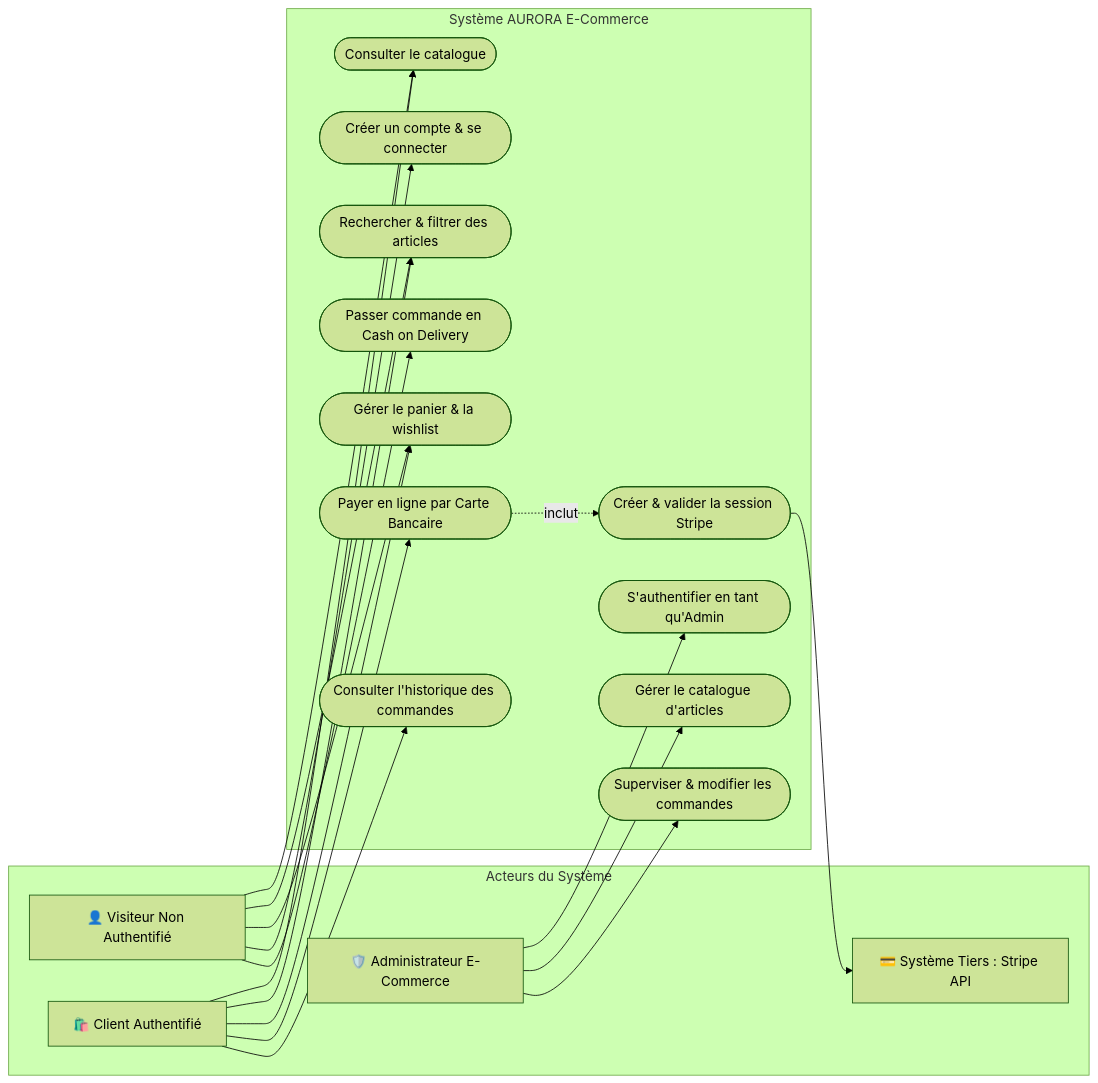
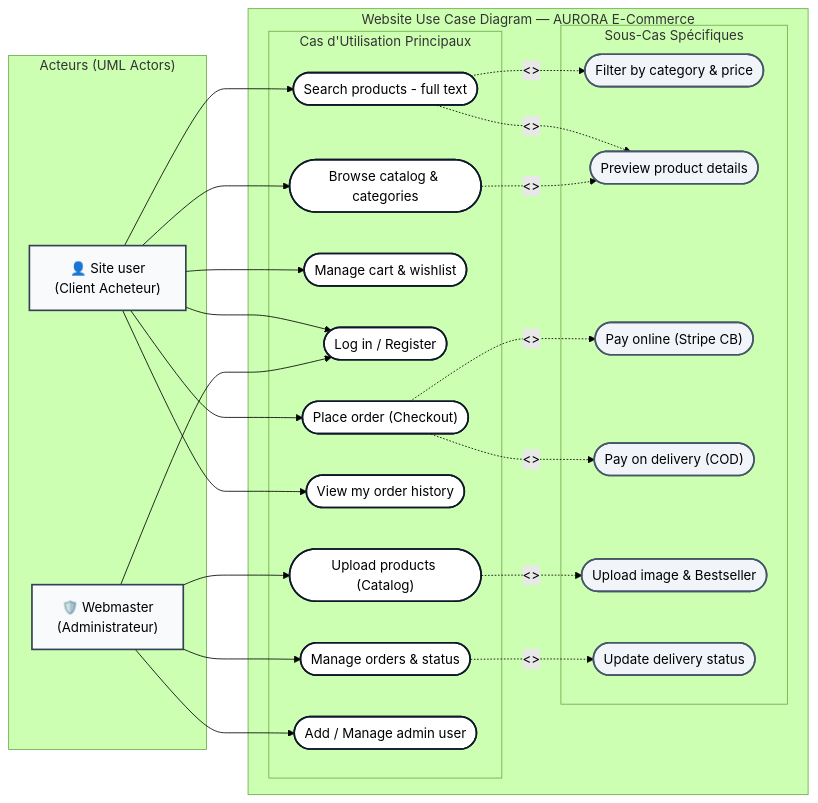
One commit to Cherkaoui7/aurora_store changed the first of 8 diagrams in README.md. Above: the diagram before and after it, drawn with Mermaid (forest theme). The commit also changed other lines of this file and 1 other file, not shown here.

Commit message:
docs(readme): align Use Case diagram layout with reference UML template

````diff
--- a/README.md
+++ b/README.md
@@ -95,42 +101,54 @@
 ```mermaid
 flowchart LR
-    subgraph Acteurs ["Acteurs du Système"]
-        Guest["👤 Visiteur Non Authentifié"]
-        Customer["🛍️ Client Authentifié"]
-        Admin["🛡️ Administrateur E-Commerce"]
-        StripeSys["💳 Système Tiers : Stripe API"]
+    classDef actorStyle fill:#f8fafc,stroke:#334155,stroke-width:2px;
+    classDef primaryCase fill:#ffffff,stroke:#0f172a,stroke-width:2px;
+    classDef secondaryCase fill:#f1f5f9,stroke:#475569,stroke-width:2px;
+
+    subgraph Actors ["Acteurs (UML Actors)"]
+        User["👤 Site user<br/>(Client Acheteur)"]:::actorStyle
+        Admin["🛡️ Webmaster<br/>(Administrateur)"]:::actorStyle
     end
 
-    subgraph AuroraSystem ["Système AURORA E-Commerce"]
-        UC1(["Consulter le catalogue"])
-        UC2(["Rechercher & filtrer des articles"])
-        UC3(["Gérer le panier & la wishlist"])
-        UC4(["Créer un compte & se connecter"])
-        UC5(["Passer commande en Cash on Delivery"])
-        UC6(["Payer en ligne par Carte Bancaire"])
-        UC7(["Consulter l'historique des commandes"])
-        UC8(["S'authentifier en tant qu'Admin"])
-        UC9(["Gérer le catalogue d'articles"])
-        UC10(["Superviser & modifier les commandes"])
-        UC11(["Créer & valider la session Stripe"])
+    subgraph SystemBoundary ["Website Use Case Diagram — AURORA E-Commerce"]
+        subgraph PrimaryCases ["Cas d'Utilisation Principaux"]
+            UC1(["Search products - full text"]):::primaryCase
+            UC2(["Browse catalog & categories"]):::primaryCase
+            UC3(["Manage cart & wishlist"]):::primaryCase
+            UC4(["Log in / Register"]):::primaryCase
+            UC5(["Place order (Checkout)"]):::primaryCase
+            UC6(["View my order history"]):::primaryCase
+            UC7(["Upload products (Catalog)"]):::primaryCase
+            UC8(["Manage orders & status"]):::primaryCase
+            UC9(["Add / Manage admin user"]):::primaryCase
+        end
+
+        subgraph SecondaryCases ["Sous-Cas Spécifiques"]
+            UC1_Filter(["Filter by category & price"]):::secondaryCase
+            UC2_Preview(["Preview product details"]):::secondaryCase
+            UC5_Stripe(["Pay online (Stripe CB)"]):::secondaryCase
+            UC5_COD(["Pay on delivery (COD)"]):::secondaryCase
+            UC7_Img(["Upload image & Bestseller"]):::secondaryCase
+            UC8_Status(["Update delivery status"]):::secondaryCase
+        end
     end
 
-    Guest --> UC1
-    Guest --> UC2
-    Guest --> UC3
-    Guest --> UC4
-    Guest --> UC5
+    User --> UC1
+    User --> UC2
+    User --> UC3
+    User --> UC4
+    User --> UC5
+    User --> UC6
 
-    Customer --> UC1
-    Customer --> UC2
-    Customer --> UC3
-    Customer --> UC6
-    Customer --> UC7
-
+    Admin --> UC4
+    Admin --> UC7
     Admin --> UC8
     Admin --> UC9
-    Admin --> UC10
 
-    UC6 -.->|inclut| UC11
-    UC11 --> StripeSys
+    UC1 -.->|"<<include>>"| UC1_Filter
+    UC1 -.->|"<<include>>"| UC2_Preview
+    UC2 -.->|"<<include>>"| UC2_Preview
+    UC5 -.->|"<<include>>"| UC5_Stripe
+    UC5 -.->|"<<extend>>"| UC5_COD
+    UC7 -.->|"<<extend>>"| UC7_Img
+    UC8 -.->|"<<extend>>"| UC8_Status
 ```
````
